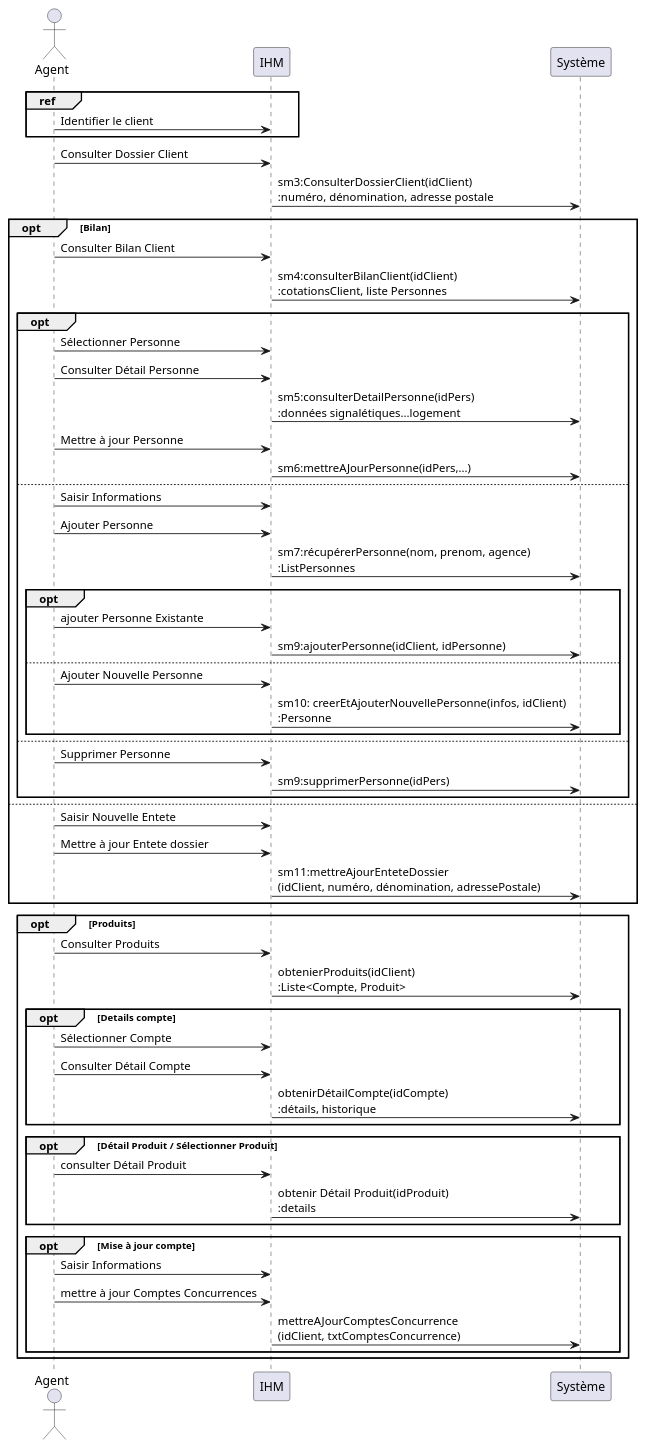
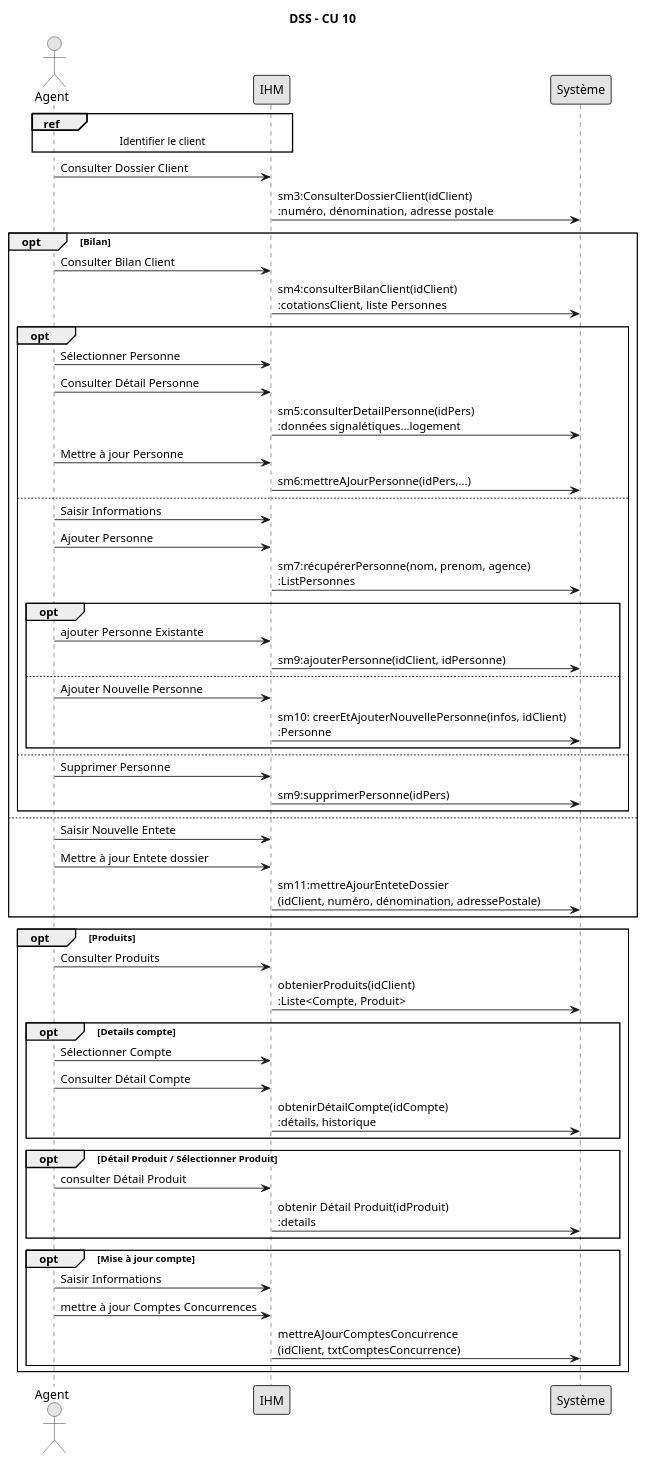
The diagram in diagram/CU10 - dossier client/DS_CU10.puml (antitoine/INSA-4IF-ASI-SOA), drawn with PlantUML before and after one commit.

Commit message:
changement de style héhé

```diff
--- a/diagram/CU10 - dossier client/DS_CU10.puml
+++ b/diagram/CU10 - dossier client/DS_CU10.puml
@@ -1,57 +1,63 @@
 @startuml
-    Actor Agent
-    group ref
-        Agent -> IHM : Identifier le client
-    end
-    Agent -> IHM : Consulter Dossier Client
-    IHM -> Système : sm3:ConsulterDossierClient(idClient)\n:numéro, dénomination, adresse postale
-    opt Bilan
-        Agent -> IHM : Consulter Bilan Client
-        IHM -> Système : sm4:consulterBilanClient(idClient)\n:cotationsClient, liste Personnes
+skinparam shadowing false
+skinparam monochrome true
+skinparam sequenceParticipantBorderThickness 1
+skinparam sequenceReferenceBorderThickness 1
+skinparam sequenceGroupBorderThickness 1
+
+title DSS - CU 10
+
+Actor Agent
+ref over Agent, IHM  : Identifier le client
+Agent -> IHM : Consulter Dossier Client
+IHM -> Système : sm3:ConsulterDossierClient(idClient)\n:numéro, dénomination, adresse postale
+opt Bilan
+    Agent -> IHM : Consulter Bilan Client
+    IHM -> Système : sm4:consulterBilanClient(idClient)\n:cotationsClient, liste Personnes
+    opt
+        Agent -> IHM : Sélectionner Personne
+        Agent -> IHM : Consulter Détail Personne
+        IHM -> Système : sm5:consulterDetailPersonne(idPers)\n:données signalétiques...logement
+        Agent -> IHM : Mettre à jour Personne
+        IHM -> Système : sm6:mettreAJourPersonne(idPers,...)
+    else
+        Agent -> IHM : Saisir Informations
+        Agent -> IHM : Ajouter Personne
+        IHM -> Système : sm7:récupérerPersonne(nom, prenom, agence)\n:ListPersonnes
         opt
-            Agent -> IHM : Sélectionner Personne
-            Agent -> IHM : Consulter Détail Personne
-            IHM -> Système : sm5:consulterDetailPersonne(idPers)\n:données signalétiques...logement
-            Agent -> IHM : Mettre à jour Personne
-            IHM -> Système : sm6:mettreAJourPersonne(idPers,...)
+            Agent -> IHM : ajouter Personne Existante
+            IHM -> Système : sm9:ajouterPersonne(idClient, idPersonne)
         else
-            Agent -> IHM : Saisir Informations
-            Agent -> IHM : Ajouter Personne
-            IHM -> Système : sm7:récupérerPersonne(nom, prenom, agence)\n:ListPersonnes
-            opt
-                Agent -> IHM : ajouter Personne Existante
-                IHM -> Système : sm9:ajouterPersonne(idClient, idPersonne)
-            else
-                Agent -> IHM : Ajouter Nouvelle Personne
-                IHM -> Système : sm10: creerEtAjouterNouvellePersonne(infos, idClient)\n:Personne
-            end
-        else
-            Agent -> IHM : Supprimer Personne
-            IHM -> Système : sm9:supprimerPersonne(idPers)
+            Agent -> IHM : Ajouter Nouvelle Personne
+            IHM -> Système : sm10: creerEtAjouterNouvellePersonne(infos, idClient)\n:Personne
         end
     else
-        Agent -> IHM : Saisir Nouvelle Entete
-        Agent -> IHM : Mettre à jour Entete dossier
-        IHM -> Système : sm11:mettreAjourEnteteDossier\n(idClient, numéro, dénomination, adressePostale)
+        Agent -> IHM : Supprimer Personne
+        IHM -> Système : sm9:supprimerPersonne(idPers)
     end
-    opt Produits
-        Agent -> IHM : Consulter Produits
-        IHM -> Système : obtenierProduits(idClient)\n:Liste<Compte, Produit>
-        opt Details compte
-            Agent -> IHM : Sélectionner Compte
-            Agent -> IHM : Consulter Détail Compte
-            IHM -> Système : obtenirDétailCompte(idCompte)\n:détails, historique
-        end
-        opt Détail Produit / Sélectionner Produit
-            Agent -> IHM : consulter Détail Produit
-            IHM -> Système : obtenir Détail Produit(idProduit)\n:details
-        end
-        opt Mise à jour compte
-            Agent -> IHM : Saisir Informations
-            Agent -> IHM : mettre à jour Comptes Concurrences
-            IHM -> Système : mettreAJourComptesConcurrence\n(idClient, txtComptesConcurrence)
-        end
-
+else
+    Agent -> IHM : Saisir Nouvelle Entete
+    Agent -> IHM : Mettre à jour Entete dossier
+    IHM -> Système : sm11:mettreAjourEnteteDossier\n(idClient, numéro, dénomination, adressePostale)
+end
+opt Produits
+    Agent -> IHM : Consulter Produits
+    IHM -> Système : obtenierProduits(idClient)\n:Liste<Compte, Produit>
+    opt Details compte
+        Agent -> IHM : Sélectionner Compte
+        Agent -> IHM : Consulter Détail Compte
+        IHM -> Système : obtenirDétailCompte(idCompte)\n:détails, historique
+    end
+    opt Détail Produit / Sélectionner Produit
+        Agent -> IHM : consulter Détail Produit
+        IHM -> Système : obtenir Détail Produit(idProduit)\n:details
+    end
+    opt Mise à jour compte
+        Agent -> IHM : Saisir Informations
+        Agent -> IHM : mettre à jour Comptes Concurrences
+        IHM -> Système : mettreAJourComptesConcurrence\n(idClient, txtComptesConcurrence)
     end
 
+end
+
 @enduml
```
